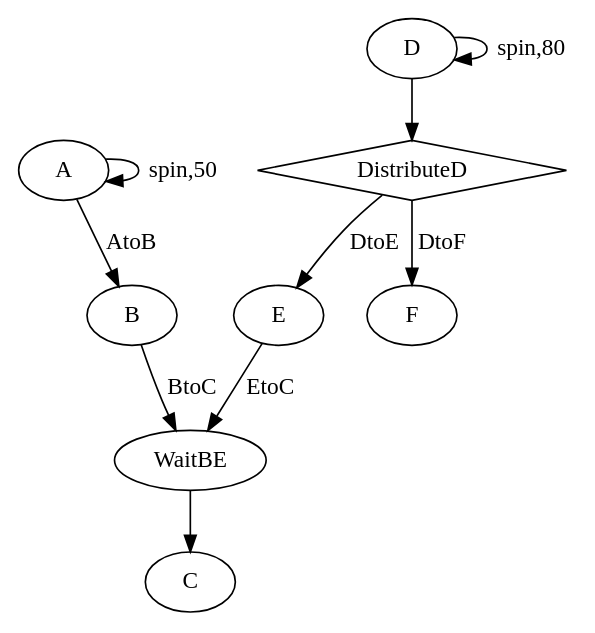
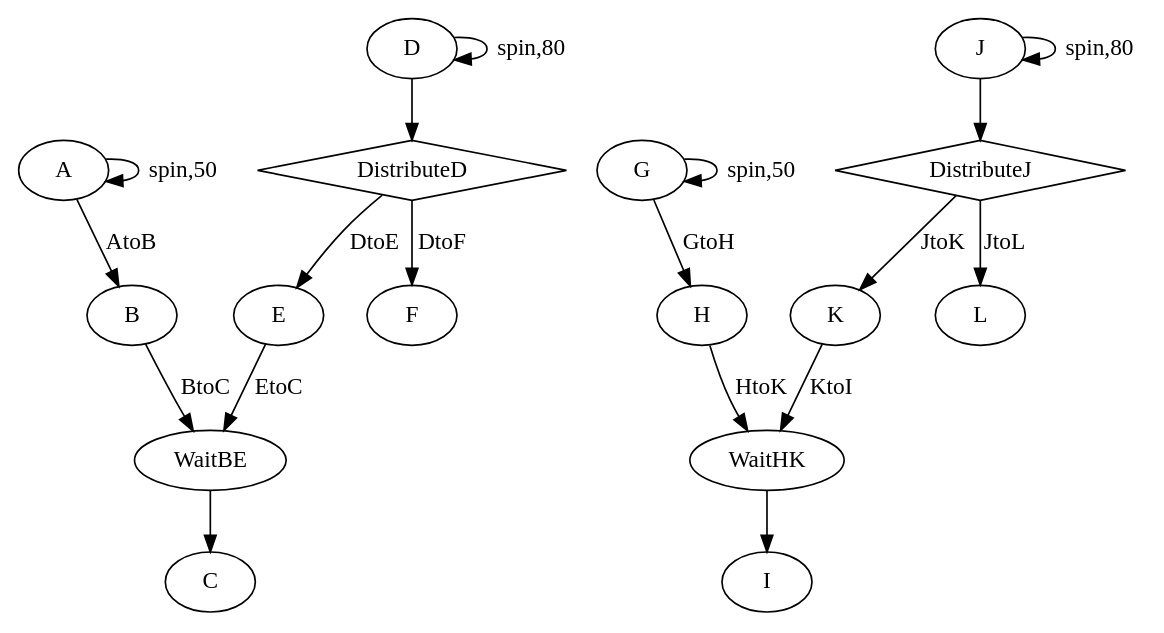
Before and after one commit to kevindadi/PPTPN: the diagram in demo.dot, drawn with Graphviz. The commit also changed 43 other files, not shown here.

```diff
--- a/demo.dot
+++ b/demo.dot
@@ -1,19 +1,37 @@
 digraph G {
     A [label = "A";];
     A -> A [label = "spin,50";];
     A -> B [label = "AtoB";];
     B [label = "B";];
     B -> WaitBE [label = "BtoC";];
     C [label = "C";];
     WaitBE [label = "WaitBE";];
     WaitBE -> C;
     D [label = "D";];
     Distribute [label = "DistributeD", shape = "diamond"];
     D -> D [label = "spin,80";];
     D -> Distribute;
     Distribute -> E [label = "DtoE";];
     Distribute -> F [label = "DtoF";];
     E [label = "E";];
     E -> WaitBE [label = "EtoC";];
     F [label = "F";];
+
+    G [label = "G";];
+    G -> G [label = "spin,50";];
+    G -> H [label = "GtoH";];
+    H [label = "H";];
+    H -> WaitHK [label = "HtoK";];
+    I [label = "I";];
+    WaitHK [label = "WaitHK";];
+    WaitHK -> I;
+    J [label = "J";];
+    DistributeJ [label = "DistributeJ", shape = "diamond"];
+    J -> J [label = "spin,80";];
+    J -> DistributeJ;
+    DistributeJ -> K [label = "JtoK";];
+    DistributeJ -> L [label = "JtoL";];
+    K [label = "K";];
+    K -> WaitHK [label = "KtoI";];
+    L [label = "L";];
 }
```
